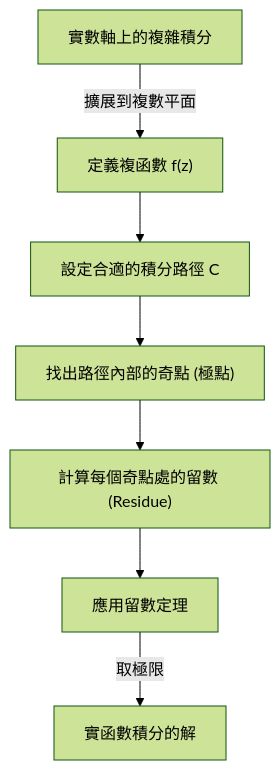
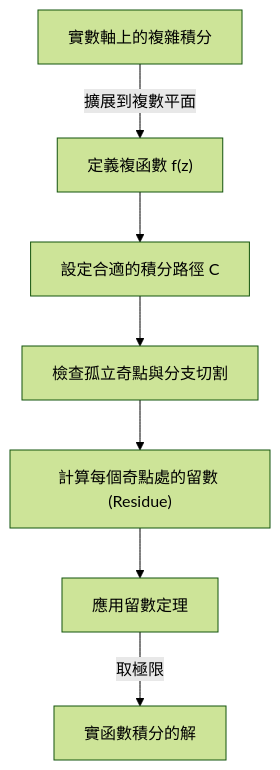
One commit to kenjinote/blog changed the first of 3 diagrams in content/post/residue-theorem/index.zh-tw.md. Above: the diagram before and after it, drawn with Mermaid (forest theme). The commit also changed other lines of this file and 11 other files, not shown here.

````diff
--- a/content/post/residue-theorem/index.zh-tw.md
+++ b/content/post/residue-theorem/index.zh-tw.md
@@ -33,9 +34,9 @@
 ```mermaid
 flowchart TD
     A["實數軸上的複雜積分"] -->|"擴展到複數平面"| B["定義複函數 f(z)"]
     B --> C["設定合適的積分路徑 C"]
-    C --> D["找出路徑內部的奇點 (極點)"]
+    C --> D["檢查孤立奇點與分支切割"]
     D --> E["計算每個奇點處的留數 (Residue)"]
     E --> F["應用留數定理"]
     F -->|"取極限"| G["實函數積分的解"]
 ```
````
